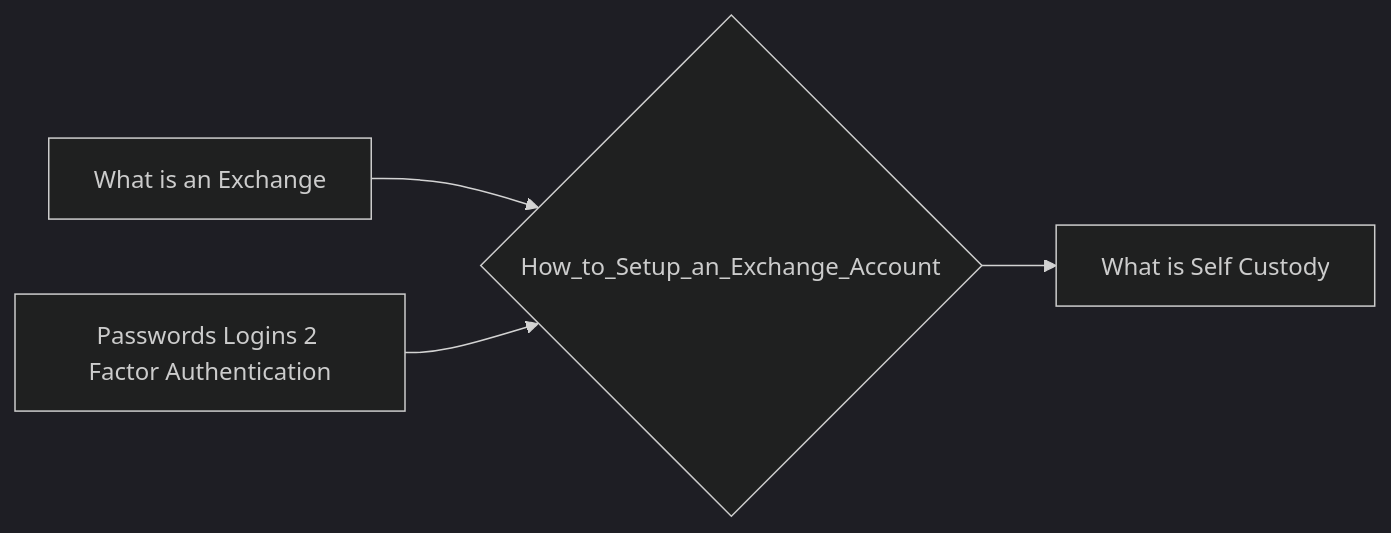
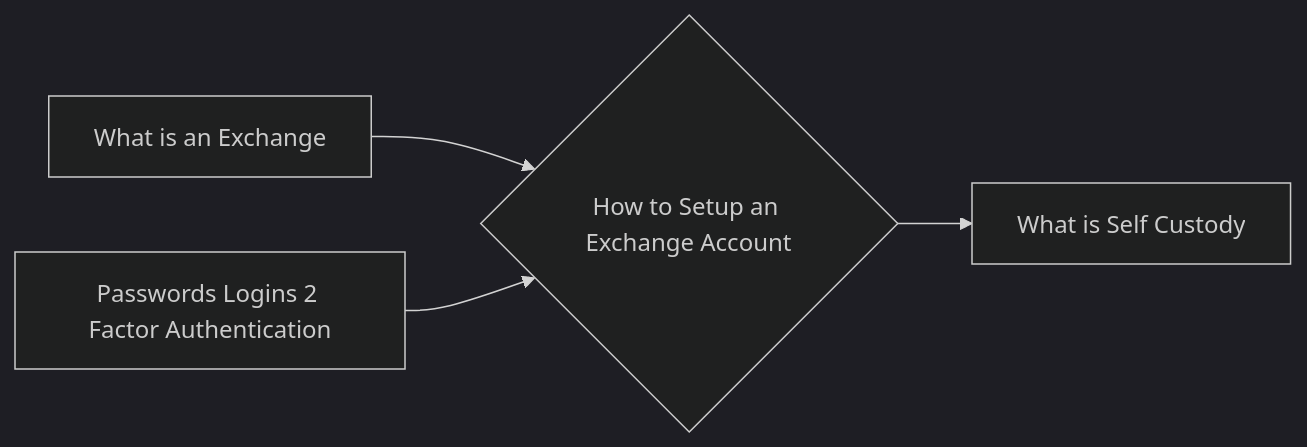
The diagram in notes/How_to_Setup_an_Exchange_Account.md (lpurdy01/crypto-knowledge-map), drawn with Mermaid (dark theme) before and after one commit. The commit also changed 58 other files, not shown here.

````diff
--- a/notes/How_to_Setup_an_Exchange_Account.md
+++ b/notes/How_to_Setup_an_Exchange_Account.md
@@ -9,6 +9,6 @@
 ```mermaid
 graph LR
-1["What is an Exchange"]-->0{"How_to_Setup_an_Exchange_Account"}
-2["Passwords Logins 2 Factor Authentication"]-->0{"How_to_Setup_an_Exchange_Account"}
-0{"How_to_Setup_an_Exchange_Account"}-->3["What is Self Custody"]
+1["What is an Exchange"]-->0{"How to Setup an Exchange Account"}
+2["Passwords Logins 2 Factor Authentication"]-->0{"How to Setup an Exchange Account"}
+0{"How to Setup an Exchange Account"}-->3["What is Self Custody"]
 ```
````
